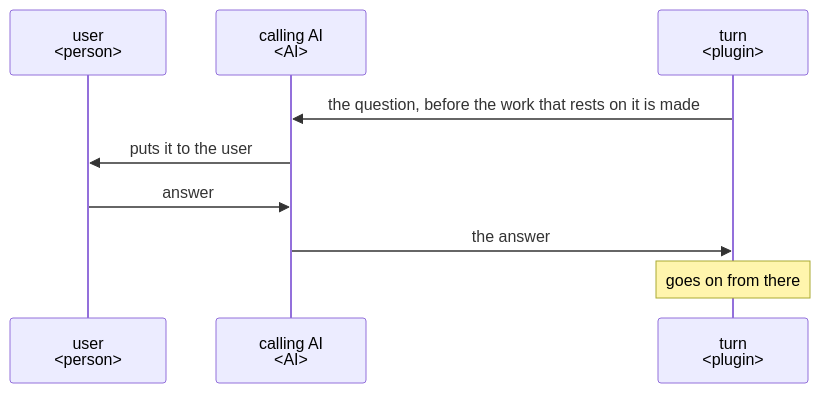
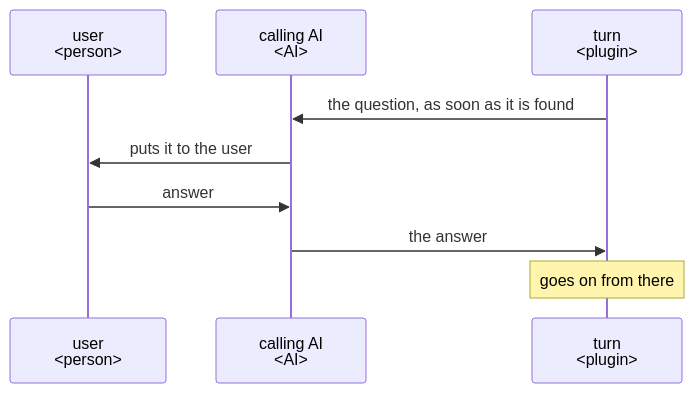
Before and after one commit to lovaizu/ccpm: the third of 4 diagrams in dev/turn/ux.md, drawn with Mermaid. The commit also changed other lines of this file and 7 other files, not shown here.

````diff
--- a/dev/turn/ux.md
+++ b/dev/turn/ux.md
@@ -82,11 +83,11 @@
 ```mermaid
 sequenceDiagram
   participant U as user<br/>#lt;person#gt;
   participant C as calling AI<br/>#lt;AI#gt;
   participant T as turn<br/>#lt;plugin#gt;
-  T->>C: the question, before the work that rests on it is made
+  T->>C: the question, as soon as it is found
   C->>U: puts it to the user
   U->>C: answer
   C->>T: the answer
   Note over T: goes on from there
 ```
````
